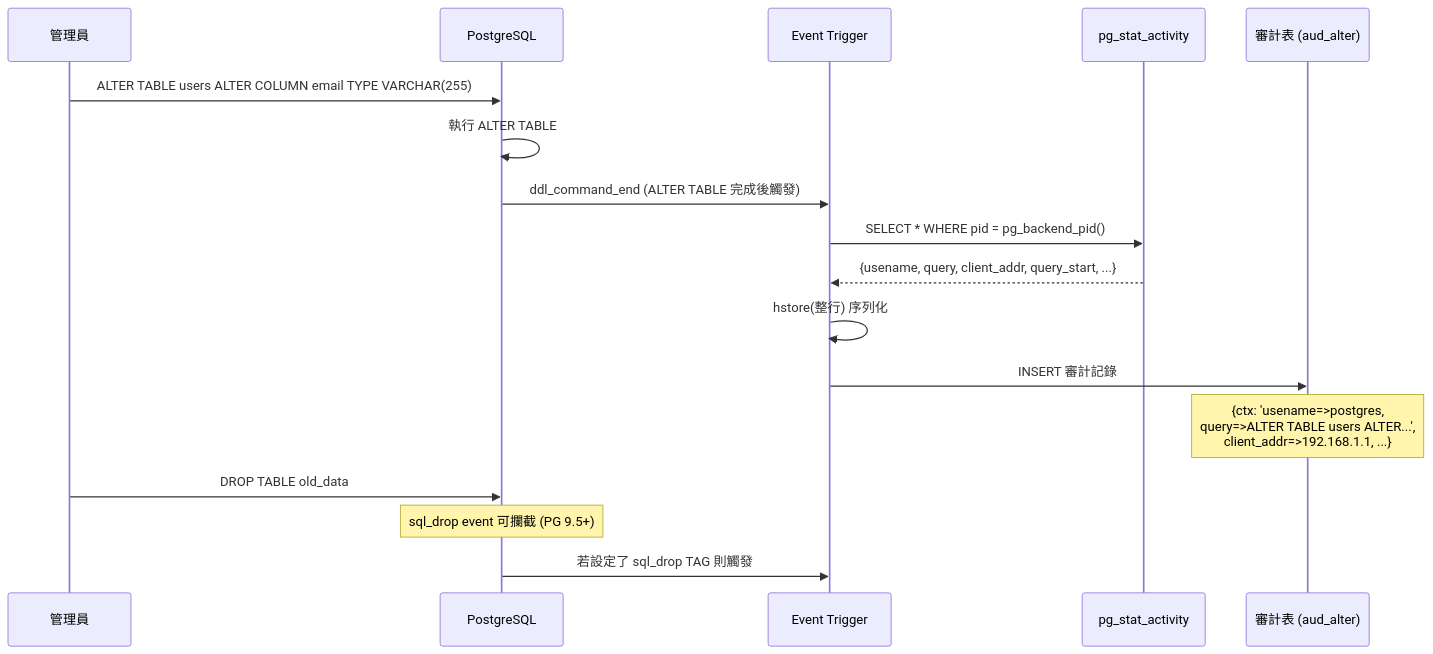
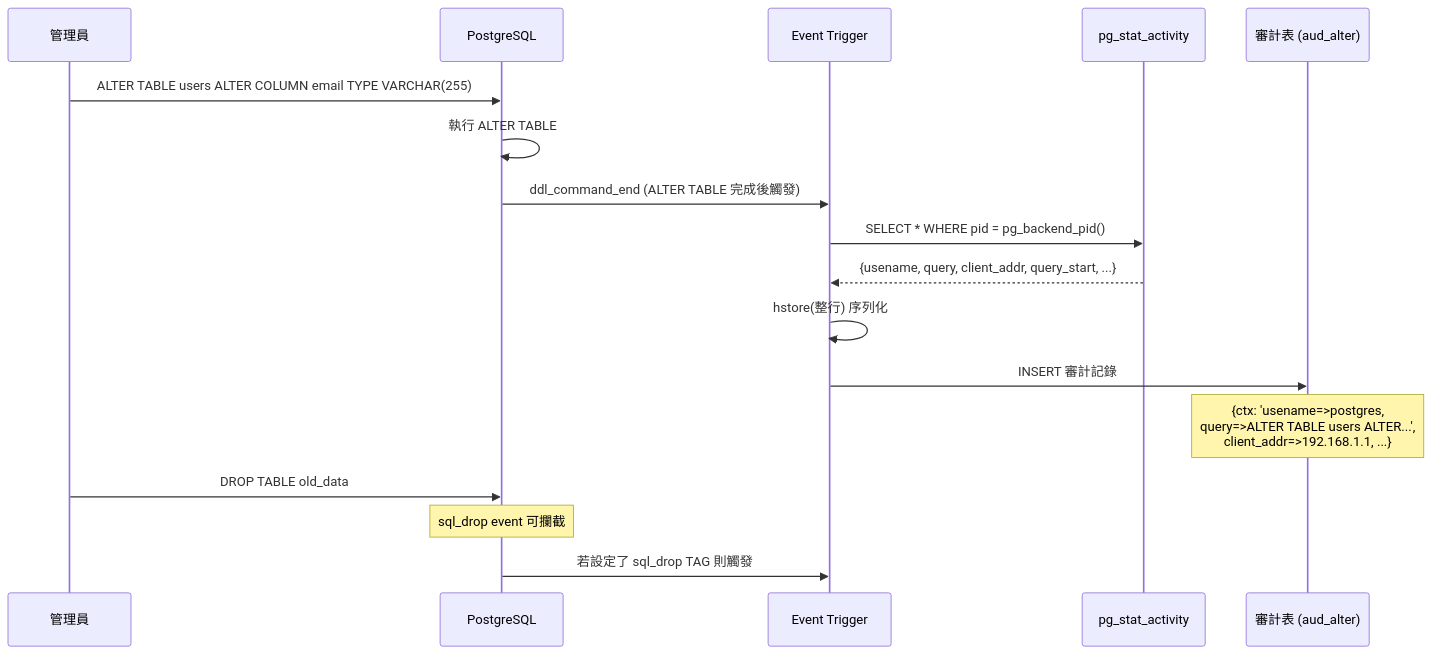
One commit to henry-tpwong/postgresql_note changed diagram 15 of 40 in others/PostgreSQL_Others.md. Above: the diagram before and after it, drawn with Mermaid. The commit also changed other lines of this file, not shown here.

First line of the commit message:
docs(others): 深度重構 PostgreSQL 開發規範，注入 App Dev 實戰視角

````diff
--- a/others/PostgreSQL_Others.md
+++ b/others/PostgreSQL_Others.md
@@ -1132,21 +1966,21 @@
 ```mermaid
 sequenceDiagram
     participant DBA as 管理員
     participant PG as PostgreSQL
     participant EventTrigger as Event Trigger
     participant SysTable as pg_stat_activity
     participant AuditTable as 審計表 (aud_alter)
 
     DBA->>PG: ALTER TABLE users ALTER COLUMN email TYPE VARCHAR(255)
     PG->>PG: 執行 ALTER TABLE
     PG->>EventTrigger: ddl_command_end (ALTER TABLE 完成後觸發)
     EventTrigger->>SysTable: SELECT * WHERE pid = pg_backend_pid()
     SysTable-->>EventTrigger: {usename, query, client_addr, query_start, ...}
     EventTrigger->>EventTrigger: hstore(整行) 序列化
     EventTrigger->>AuditTable: INSERT 審計記錄
     Note over AuditTable: {ctx: 'usename=>postgres,<br>query=>ALTER TABLE users ALTER...',<br>client_addr=>192.168.1.1, ...}
 
     DBA->>PG: DROP TABLE old_data
-    Note over PG: sql_drop event 可攔截 (PG 9.5+)
+     Note over PG: sql_drop event 可攔截
     PG->>EventTrigger: 若設定了 sql_drop TAG 則觸發
 ```
````
